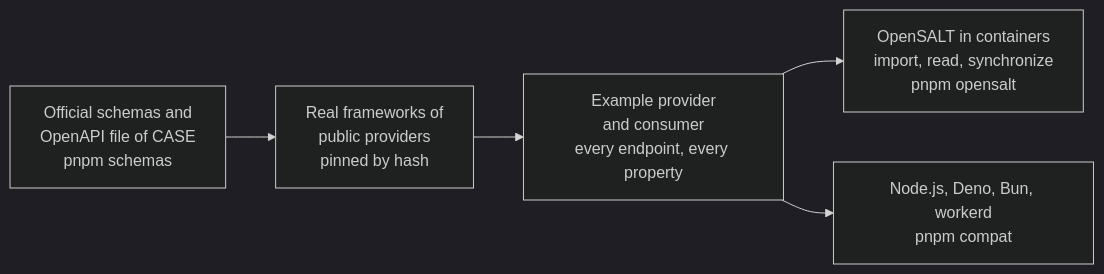
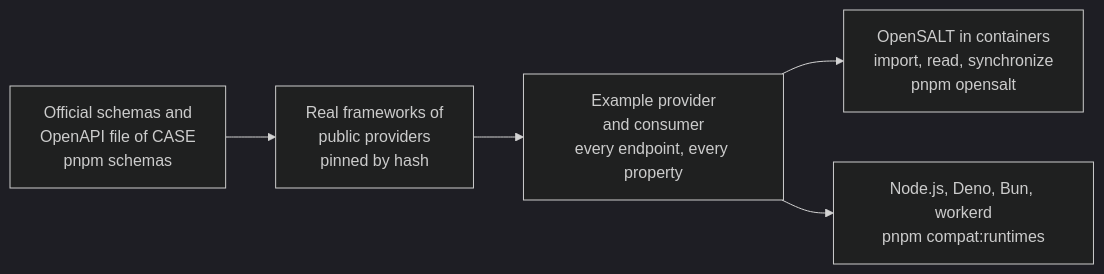
The diagram in docs/competency-frameworks/evidence.md (interopkit/interopkit), drawn with Mermaid (dark theme) before and after one commit. The commit also changed other lines of this file and 55 other files, not shown here.

First line of the commit message:
Give every guide and README the sections of the skeleton, one Not included table, a table of import rows and the command compat:runtimes, and check them

````diff
--- a/docs/competency-frameworks/evidence.md
+++ b/docs/competency-frameworks/evidence.md
@@ -7,7 +7,7 @@
 ```mermaid
 flowchart LR
   schemas["Official schemas and<br/>OpenAPI file of CASE<br/>pnpm schemas"] --> frameworks["Real frameworks of<br/>public providers<br/>pinned by hash"]
   frameworks --> example["Example provider<br/>and consumer<br/>every endpoint, every property"]
   example --> opensalt["OpenSALT in containers<br/>import, read, synchronize<br/>pnpm opensalt"]
-  example --> runtimes["Node.js, Deno, Bun, workerd<br/>pnpm compat"]
+  example --> runtimes["Node.js, Deno, Bun, workerd<br/>pnpm compat:runtimes"]
 ```
````
